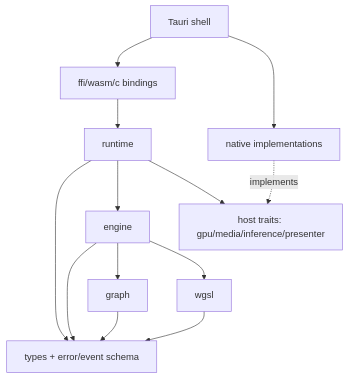
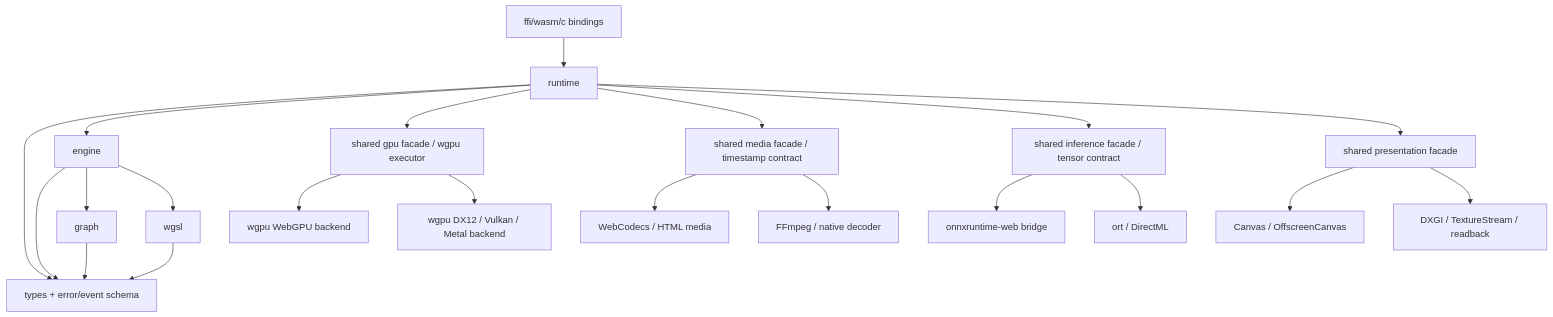
Before and after one commit to sanitor/open_quartz: diagram 12 of 12 in docs/DESIGN.md, drawn with Mermaid. The commit also changed other lines of this file, not shown here.

First line of the commit message:
docs: refine shared backend facade boundaries

````diff
--- a/docs/DESIGN.md
+++ b/docs/DESIGN.md
@@ -776,25 +819,42 @@
 ```mermaid
 flowchart TD
     Schema[types + error/event schema]
     Graph[graph]
     Wgsl[wgsl]
     Engine[engine]
     Runtime[runtime]
-    HostTraits[host traits: gpu/media/inference/presenter]
-    NativeImpl[native implementations]
+    Gpu[shared gpu facade / wgpu executor]
+    Media[shared media facade / timestamp contract]
+    Inference[shared inference facade / tensor contract]
+    Presentation[shared presentation facade]
+    WgpuWeb[wgpu WebGPU backend]
+    WgpuNative[wgpu DX12 / Vulkan / Metal backend]
+    WebMedia[WebCodecs / HTML media]
+    NativeMedia[FFmpeg / native decoder]
+    OrtWeb[onnxruntime-web bridge]
+    OrtNative[ort / DirectML]
+    WebPresenter[Canvas / OffscreenCanvas]
+    NativePresenter[DXGI / TextureStream / readback]
     Binding[ffi/wasm/c bindings]
-    Tauri[Tauri shell]
 
     Graph --> Schema
     Wgsl --> Schema
     Engine --> Schema
     Engine --> Graph
     Engine --> Wgsl
     Runtime --> Schema
     Runtime --> Engine
-    Runtime --> HostTraits
-    NativeImpl -. implements .-> HostTraits
+    Runtime --> Gpu
+    Runtime --> Media
+    Runtime --> Inference
+    Runtime --> Presentation
+    Gpu --> WgpuWeb
+    Gpu --> WgpuNative
+    Media --> WebMedia
+    Media --> NativeMedia
+    Inference --> OrtWeb
+    Inference --> OrtNative
+    Presentation --> WebPresenter
+    Presentation --> NativePresenter
     Binding --> Runtime
-    Tauri --> Binding
-    Tauri --> NativeImpl
 ```
````
